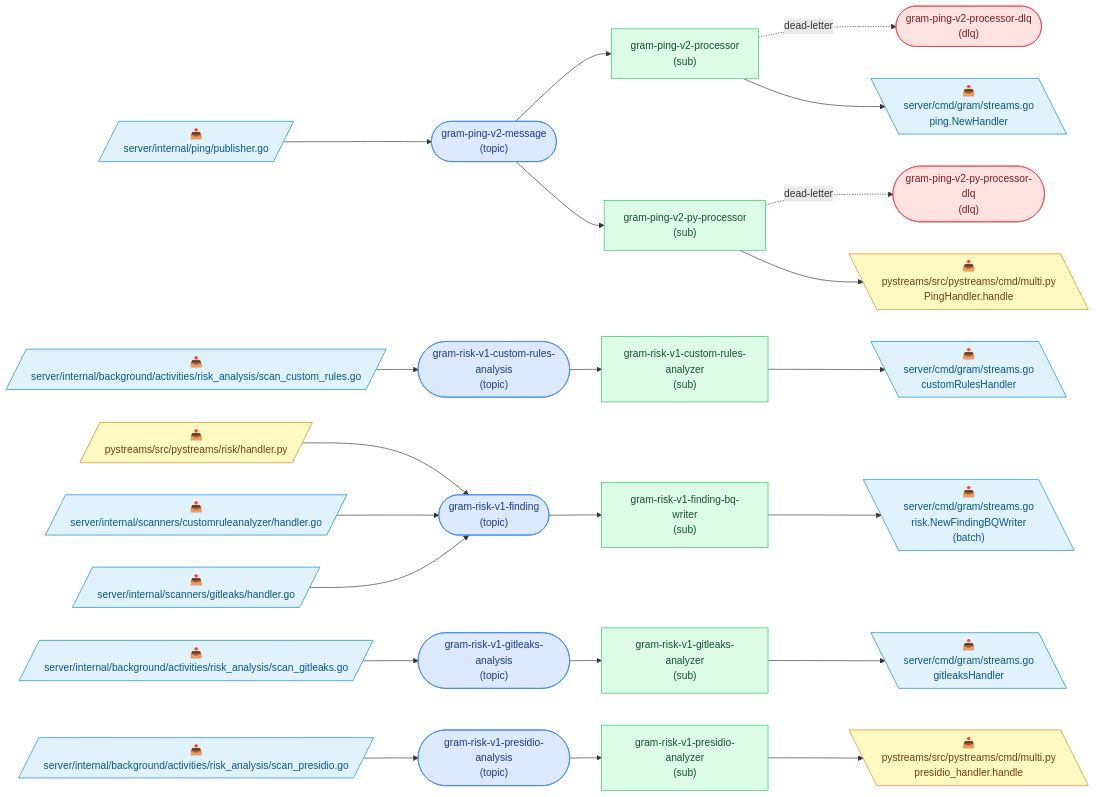
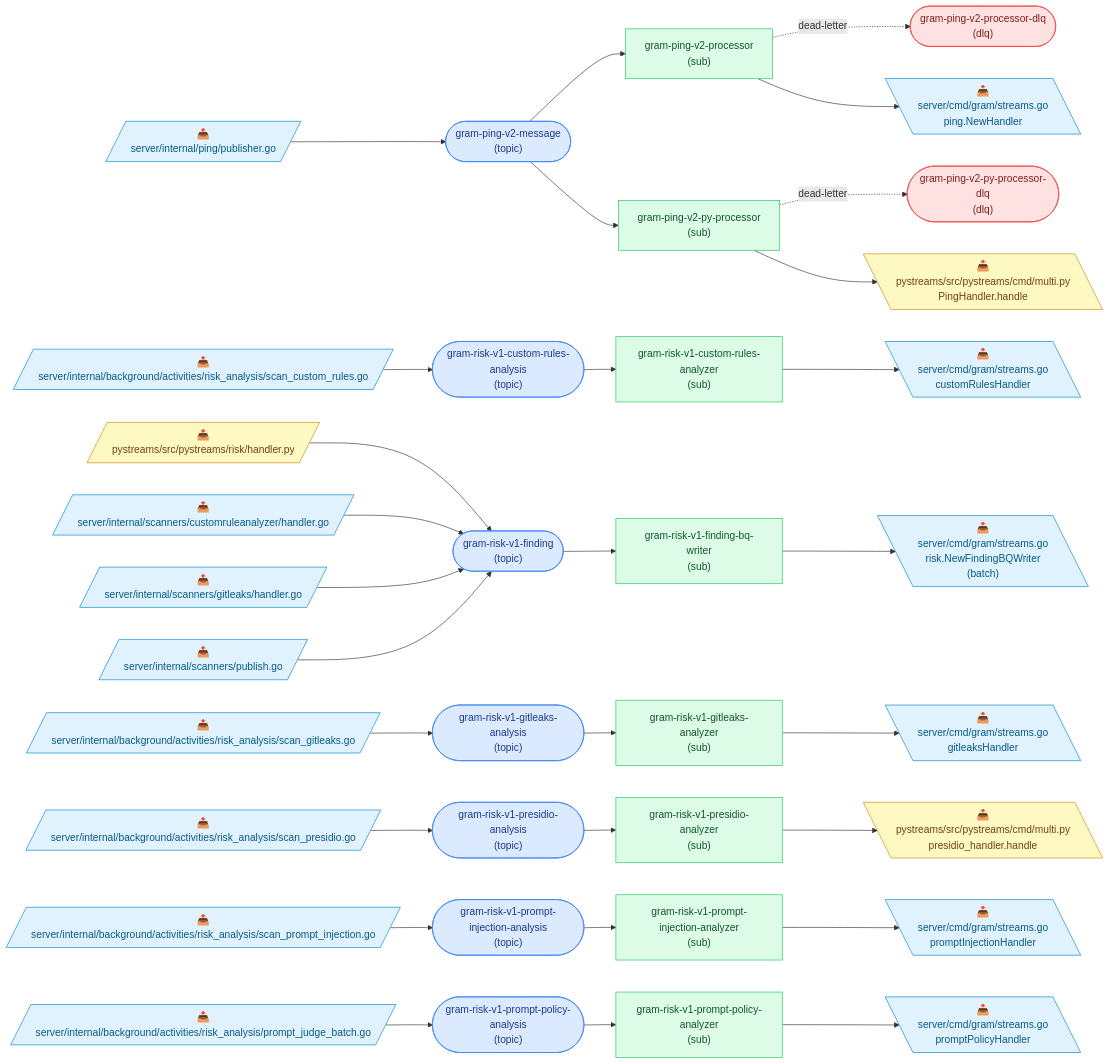
The diagram in docs/pubsub-topology.md (speakeasy-api/gram), drawn with Mermaid before and after one commit. The commit also changed other lines of this file and 44 other files, not shown here.

````diff
--- a/docs/pubsub-topology.md
+++ b/docs/pubsub-topology.md
@@ -9,58 +9,74 @@
 ```mermaid
 flowchart LR
   classDef topic fill:#dbeafe,stroke:#3b82f6,color:#1e3a8a;
   classDef dlq fill:#fee2e2,stroke:#ef4444,color:#7f1d1d;
   classDef sub fill:#dcfce7,stroke:#22c55e,color:#14532d;
   classDef go fill:#e0f2fe,stroke:#0284c7,color:#075985;
   classDef python fill:#fef9c3,stroke:#ca8a04,color:#713f12;
   classDef deprecated stroke-dasharray:4 3,opacity:0.55;
 
   t_gram_ping_v2_message(["gram-ping-v2-message<br/>(topic)"]):::topic
   t_gram_ping_v2_processor_dlq(["gram-ping-v2-processor-dlq<br/>(dlq)"]):::dlq
   t_gram_ping_v2_py_processor_dlq(["gram-ping-v2-py-processor-dlq<br/>(dlq)"]):::dlq
   t_gram_risk_v1_custom_rules_analysis(["gram-risk-v1-custom-rules-analysis<br/>(topic)"]):::topic
   t_gram_risk_v1_finding(["gram-risk-v1-finding<br/>(topic)"]):::topic
   t_gram_risk_v1_gitleaks_analysis(["gram-risk-v1-gitleaks-analysis<br/>(topic)"]):::topic
   t_gram_risk_v1_presidio_analysis(["gram-risk-v1-presidio-analysis<br/>(topic)"]):::topic
+  t_gram_risk_v1_prompt_injection_analysis(["gram-risk-v1-prompt-injection-analysis<br/>(topic)"]):::topic
+  t_gram_risk_v1_prompt_policy_analysis(["gram-risk-v1-prompt-policy-analysis<br/>(topic)"]):::topic
   s_gram_ping_v2_processor["gram-ping-v2-processor<br/>(sub)"]:::sub
   s_gram_ping_v2_py_processor["gram-ping-v2-py-processor<br/>(sub)"]:::sub
   s_gram_risk_v1_custom_rules_analyzer["gram-risk-v1-custom-rules-analyzer<br/>(sub)"]:::sub
   s_gram_risk_v1_finding_bq_writer["gram-risk-v1-finding-bq-writer<br/>(sub)"]:::sub
   s_gram_risk_v1_gitleaks_analyzer["gram-risk-v1-gitleaks-analyzer<br/>(sub)"]:::sub
   s_gram_risk_v1_presidio_analyzer["gram-risk-v1-presidio-analyzer<br/>(sub)"]:::sub
+  s_gram_risk_v1_prompt_injection_analyzer["gram-risk-v1-prompt-injection-analyzer<br/>(sub)"]:::sub
+  s_gram_risk_v1_prompt_policy_analyzer["gram-risk-v1-prompt-policy-analyzer<br/>(sub)"]:::sub
 
   p0[/"📤<br/>server/internal/ping/publisher.go"/]:::go
   p0 --> t_gram_ping_v2_message
   p1[/"📤<br/>server/internal/background/activities/risk_analysis/scan_custom_rules.go"/]:::go
   p1 --> t_gram_risk_v1_custom_rules_analysis
   p2[/"📤<br/>pystreams/src/pystreams/risk/handler.py"/]:::python
   p2 --> t_gram_risk_v1_finding
   p3[/"📤<br/>server/internal/scanners/customruleanalyzer/handler.go"/]:::go
   p3 --> t_gram_risk_v1_finding
   p4[/"📤<br/>server/internal/scanners/gitleaks/handler.go"/]:::go
   p4 --> t_gram_risk_v1_finding
-  p5[/"📤<br/>server/internal/background/activities/risk_analysis/scan_gitleaks.go"/]:::go
-  p5 --> t_gram_risk_v1_gitleaks_analysis
-  p6[/"📤<br/>server/internal/background/activities/risk_analysis/scan_presidio.go"/]:::go
-  p6 --> t_gram_risk_v1_presidio_analysis
+  p5[/"📤<br/>server/internal/scanners/publish.go"/]:::go
+  p5 --> t_gram_risk_v1_finding
+  p6[/"📤<br/>server/internal/background/activities/risk_analysis/scan_gitleaks.go"/]:::go
+  p6 --> t_gram_risk_v1_gitleaks_analysis
+  p7[/"📤<br/>server/internal/background/activities/risk_analysis/scan_presidio.go"/]:::go
+  p7 --> t_gram_risk_v1_presidio_analysis
+  p8[/"📤<br/>server/internal/background/activities/risk_analysis/scan_prompt_injection.go"/]:::go
+  p8 --> t_gram_risk_v1_prompt_injection_analysis
+  p9[/"📤<br/>server/internal/background/activities/risk_analysis/prompt_judge_batch.go"/]:::go
+  p9 --> t_gram_risk_v1_prompt_policy_analysis
   t_gram_ping_v2_message --> s_gram_ping_v2_processor
   s_gram_ping_v2_processor -. dead-letter .-> t_gram_ping_v2_processor_dlq
   t_gram_ping_v2_message --> s_gram_ping_v2_py_processor
   s_gram_ping_v2_py_processor -. dead-letter .-> t_gram_ping_v2_py_processor_dlq
   t_gram_risk_v1_custom_rules_analysis --> s_gram_risk_v1_custom_rules_analyzer
   t_gram_risk_v1_finding --> s_gram_risk_v1_finding_bq_writer
   t_gram_risk_v1_gitleaks_analysis --> s_gram_risk_v1_gitleaks_analyzer
   t_gram_risk_v1_presidio_analysis --> s_gram_risk_v1_presidio_analyzer
-  c7[\"📥<br/>server/cmd/gram/streams.go<br/>ping.NewHandler"\]:::go
-  s_gram_ping_v2_processor --> c7
-  c8[\"📥<br/>pystreams/src/pystreams/cmd/multi.py<br/>PingHandler.handle"\]:::python
-  s_gram_ping_v2_py_processor --> c8
-  c9[\"📥<br/>server/cmd/gram/streams.go<br/>customRulesHandler"\]:::go
-  s_gram_risk_v1_custom_rules_analyzer --> c9
-  c10[\"📥<br/>server/cmd/gram/streams.go<br/>risk.NewFindingBQWriter<br/>(batch)"\]:::go
-  s_gram_risk_v1_finding_bq_writer --> c10
-  c11[\"📥<br/>server/cmd/gram/streams.go<br/>gitleaksHandler"\]:::go
-  s_gram_risk_v1_gitleaks_analyzer --> c11
-  c12[\"📥<br/>pystreams/src/pystreams/cmd/multi.py<br/>presidio_handler.handle"\]:::python
-  s_gram_risk_v1_presidio_analyzer --> c12
+  t_gram_risk_v1_prompt_injection_analysis --> s_gram_risk_v1_prompt_injection_analyzer
+  t_gram_risk_v1_prompt_policy_analysis --> s_gram_risk_v1_prompt_policy_analyzer
+  c10[\"📥<br/>server/cmd/gram/streams.go<br/>ping.NewHandler"\]:::go
+  s_gram_ping_v2_processor --> c10
+  c11[\"📥<br/>pystreams/src/pystreams/cmd/multi.py<br/>PingHandler.handle"\]:::python
+  s_gram_ping_v2_py_processor --> c11
+  c12[\"📥<br/>server/cmd/gram/streams.go<br/>customRulesHandler"\]:::go
+  s_gram_risk_v1_custom_rules_analyzer --> c12
+  c13[\"📥<br/>server/cmd/gram/streams.go<br/>risk.NewFindingBQWriter<br/>(batch)"\]:::go
+  s_gram_risk_v1_finding_bq_writer --> c13
+  c14[\"📥<br/>server/cmd/gram/streams.go<br/>gitleaksHandler"\]:::go
+  s_gram_risk_v1_gitleaks_analyzer --> c14
+  c15[\"📥<br/>pystreams/src/pystreams/cmd/multi.py<br/>presidio_handler.handle"\]:::python
+  s_gram_risk_v1_presidio_analyzer --> c15
+  c16[\"📥<br/>server/cmd/gram/streams.go<br/>promptInjectionHandler"\]:::go
+  s_gram_risk_v1_prompt_injection_analyzer --> c16
+  c17[\"📥<br/>server/cmd/gram/streams.go<br/>promptPolicyHandler"\]:::go
+  s_gram_risk_v1_prompt_policy_analyzer --> c17
 ```
````
